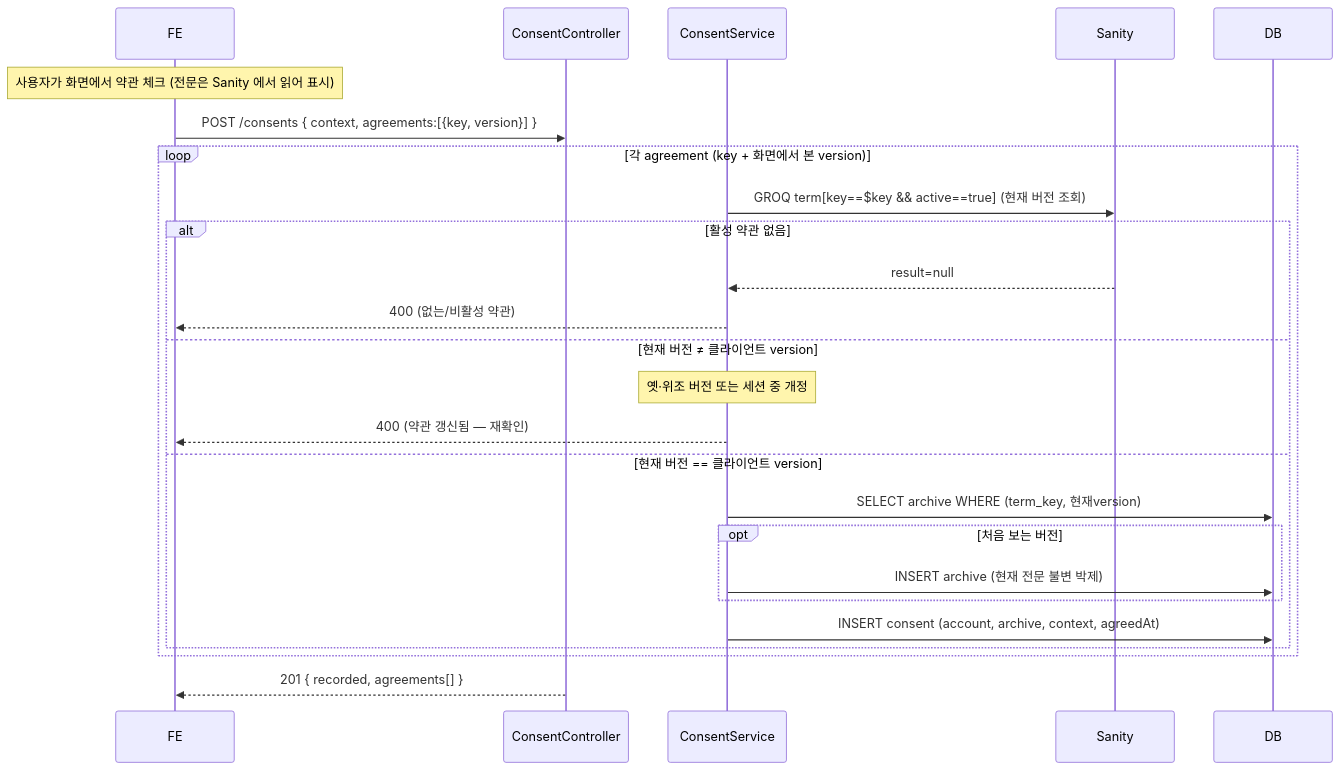
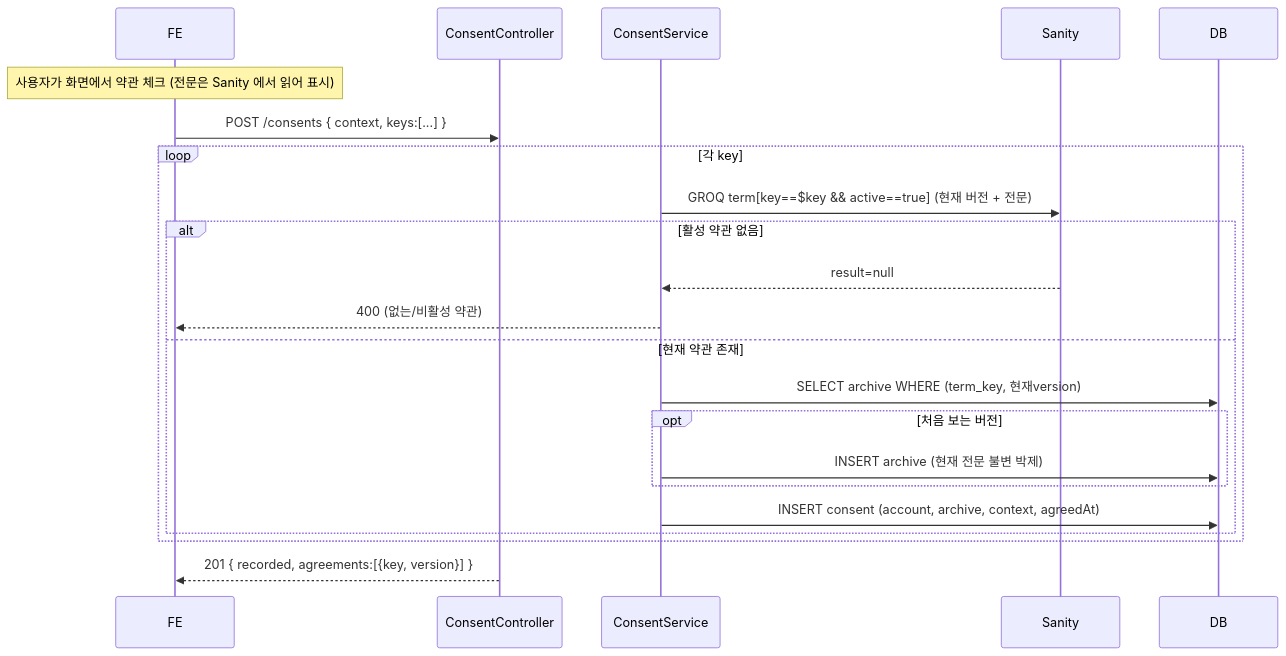
The second of 3 diagrams in docs/architecture/consent.md (pungdong/Pungdong-Backend), drawn with Mermaid before and after one commit. The commit also changed other lines of this file and 7 other files, not shown here.

First line of the commit message:
Refactor: 동의 요청을 key-only 로 — version 은 BE 가 전적으로 결정

````diff
--- a/docs/architecture/consent.md
+++ b/docs/architecture/consent.md
@@ -48,28 +48,25 @@
 ```mermaid
 sequenceDiagram
     participant FE
     participant C as ConsentController
     participant S as ConsentService
     participant Sanity
     participant DB
 
     Note over FE: 사용자가 화면에서 약관 체크 (전문은 Sanity 에서 읽어 표시)
-    FE->>C: POST /consents { context, agreements:[{key, version}] }
-    loop 각 agreement (key + 화면에서 본 version)
-        S->>Sanity: GROQ term[key==$key && active==true] (현재 버전 조회)
+    FE->>C: POST /consents { context, keys:[...] }
+    loop 각 key
+        S->>Sanity: GROQ term[key==$key && active==true] (현재 버전 + 전문)
         alt 활성 약관 없음
             Sanity-->>S: result=null
             S-->>FE: 400 (없는/비활성 약관)
-        else 현재 버전 ≠ 클라이언트 version
-            Note over S: 옛·위조 버전 또는 세션 중 개정
-            S-->>FE: 400 (약관 갱신됨 — 재확인)
-        else 현재 버전 == 클라이언트 version
+        else 현재 약관 존재
             S->>DB: SELECT archive WHERE (term_key, 현재version)
             opt 처음 보는 버전
                 S->>DB: INSERT archive (현재 전문 불변 박제)
             end
             S->>DB: INSERT consent (account, archive, context, agreedAt)
         end
     end
-    C-->>FE: 201 { recorded, agreements[] }
+    C-->>FE: 201 { recorded, agreements:[{key, version}] }
 ```
````
